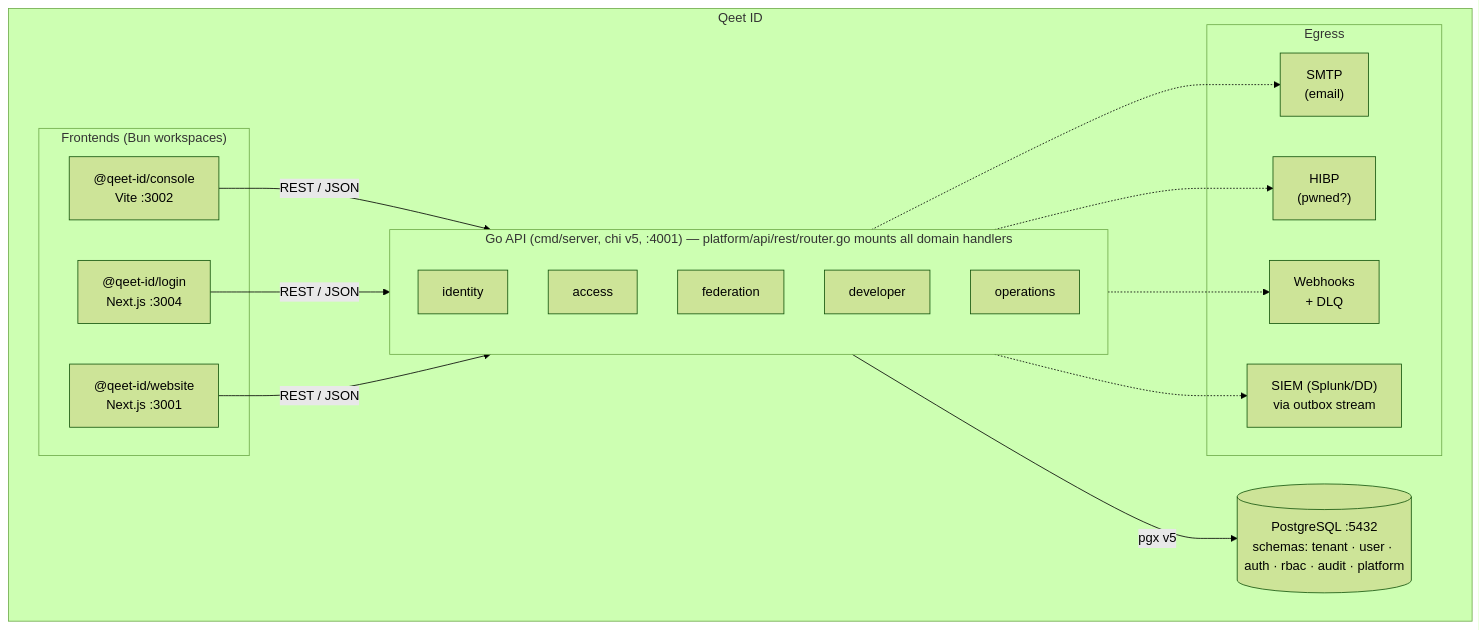
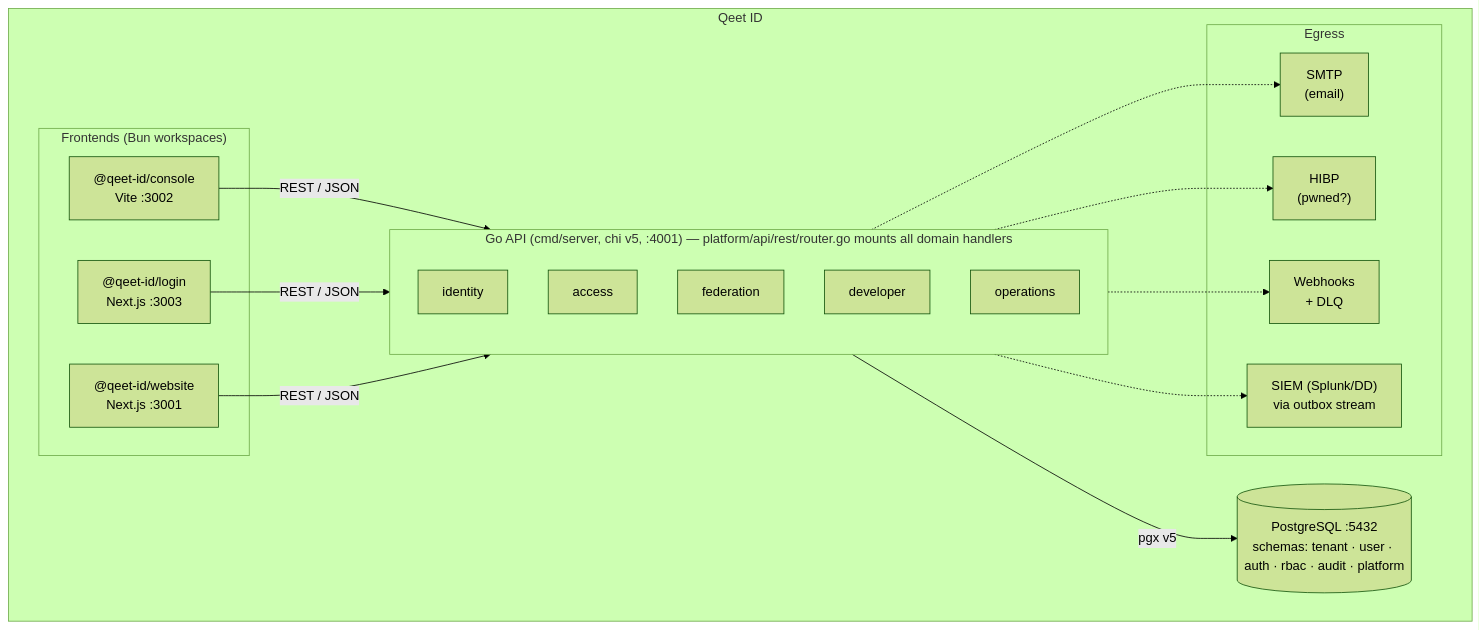
The second of 2 diagrams in docs/architecture/01-system-overview.md (qeetgroup/qeet-id-server), drawn with Mermaid (forest theme) before and after one commit. The commit also changed other lines of this file and 19 other files, not shown here.

````diff
--- a/docs/architecture/01-system-overview.md
+++ b/docs/architecture/01-system-overview.md
@@ -31,32 +31,32 @@
 ```mermaid
 flowchart TB
     subgraph qeetid["Qeet ID"]
         subgraph fe["Frontends (Bun workspaces)"]
             admin["@qeet-id/console<br/>Vite :3002"]
-            login["@qeet-id/login<br/>Next.js :3004"]
+            login["@qeet-id/login<br/>Next.js :3003"]
             web["@qeet-id/website<br/>Next.js :3001"]
         end
         subgraph api["Go API (cmd/server, chi v5, :4001) — platform/api/rest/router.go mounts all domain handlers"]
             identity["identity"]
             access["access"]
             federation["federation"]
             developer["developer"]
             operations["operations"]
         end
         pg[("PostgreSQL :5432<br/>schemas: tenant · user · auth · rbac · audit · platform")]
         subgraph egress["Egress"]
             smtp["SMTP<br/>(email)"]
             hibp["HIBP<br/>(pwned?)"]
             webhooks["Webhooks<br/>+ DLQ"]
             siem["SIEM (Splunk/DD)<br/>via outbox stream"]
         end
         admin -->|REST / JSON| api
         login -->|REST / JSON| api
         web -->|REST / JSON| api
         api -->|pgx v5| pg
         api -.-> smtp
         api -.-> hibp
         api -.-> webhooks
         api -.-> siem
     end
 ```
````
